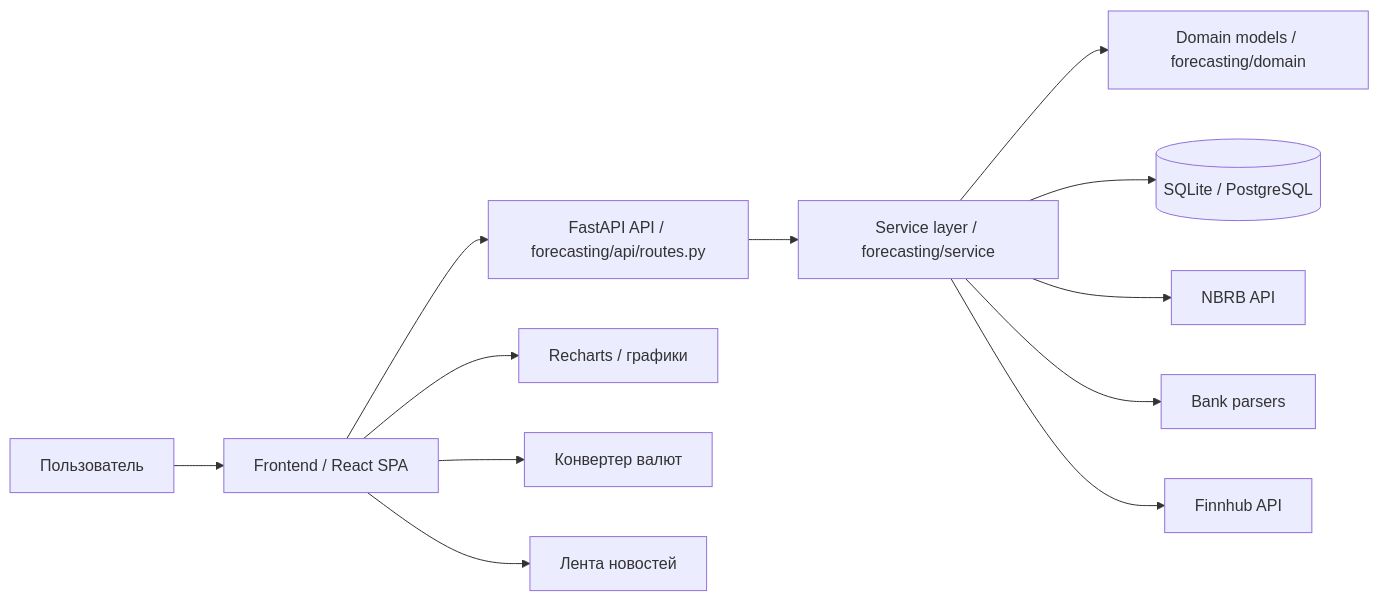
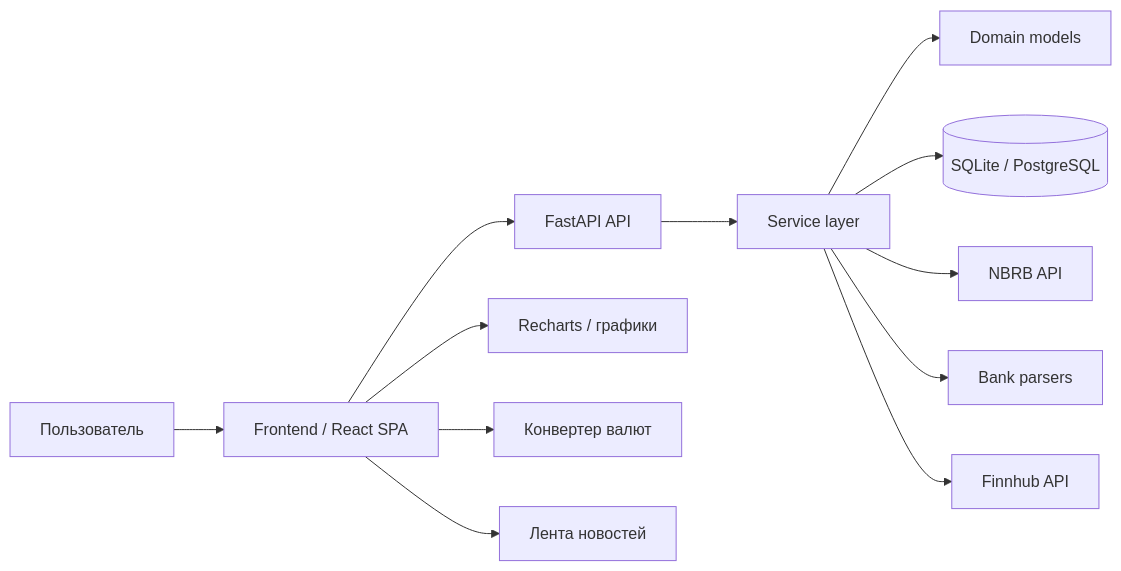
The diagram in README.md (angkhls/coursework-Currency-Forecasting-App), drawn with Mermaid before and after one commit. The commit also changed other lines of this file, not shown here.

Commit message:
Fix the README Mermaid architecture block so it renders correctly in GitHub Markdown and preserve the app architecture section.

````diff
--- a/README.md
+++ b/README.md
@@ -30,14 +30,14 @@
 ```mermaid
 flowchart LR
-    U[Пользователь] --> FE[Frontend / React SPA]
-    FE --> API[FastAPI API / forecasting/api/routes.py]
-    API --> SRV[Service layer / forecasting/service]
-    SRV --> DOMAIN[Domain models / forecasting/domain]
-    SRV --> REPO[(SQLite / PostgreSQL)]
-    SRV --> NBRB[NBRB API]
-    SRV --> BANK[Bank parsers]
-    SRV --> FINNHUB[Finnhub API]
-    FE --> CHART[Recharts / графики]
-    FE --> CONV[Конвертер валют]
-    FE --> NEWS[Лента новостей]
+    U["Пользователь"] --> FE["Frontend / React SPA"]
+    FE --> API["FastAPI API"]
+    API --> SRV["Service layer"]
+    SRV --> DOMAIN["Domain models"]
+    SRV --> REPO[("SQLite / PostgreSQL")]
+    SRV --> NBRB["NBRB API"]
+    SRV --> BANK["Bank parsers"]
+    SRV --> FINNHUB["Finnhub API"]
+    FE --> CHART["Recharts / графики"]
+    FE --> CONV["Конвертер валют"]
+    FE --> NEWS["Лента новостей"]
 ```
````
